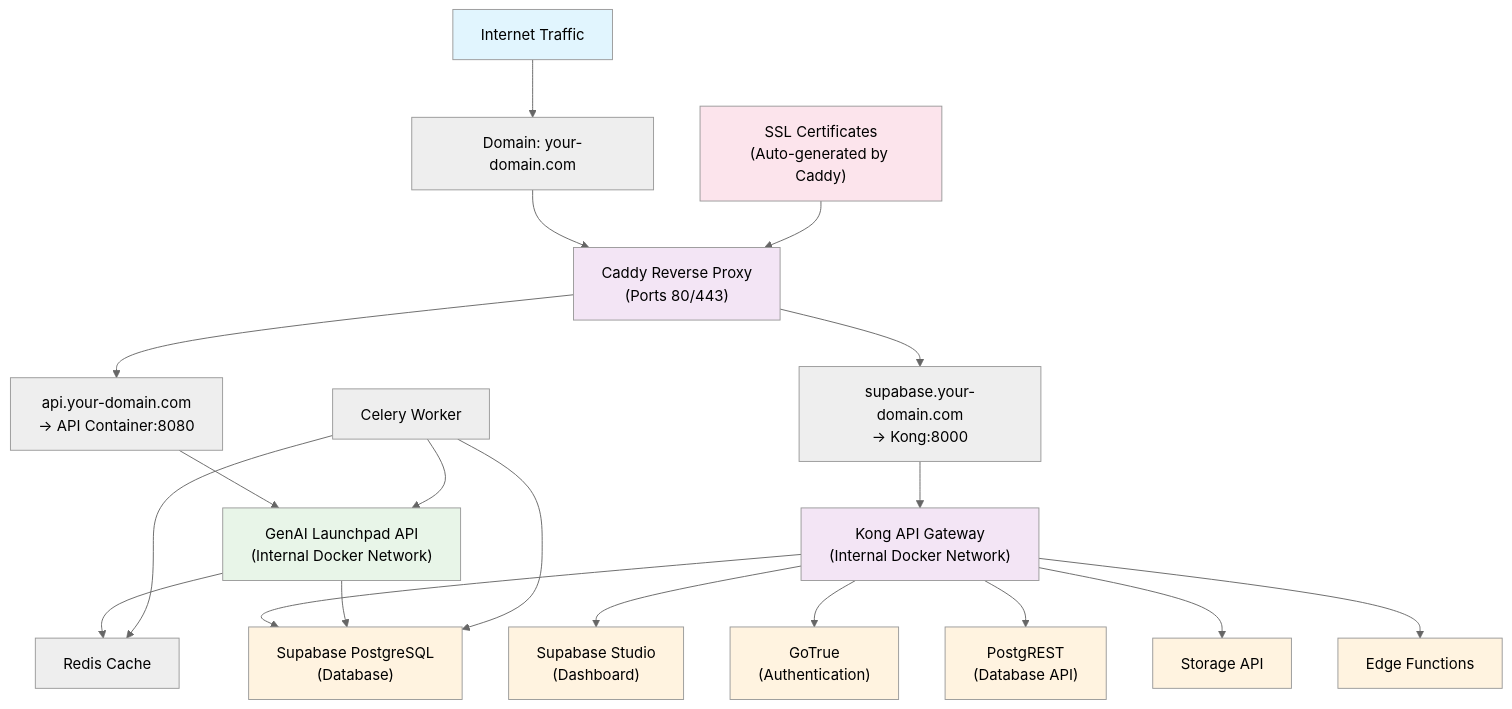
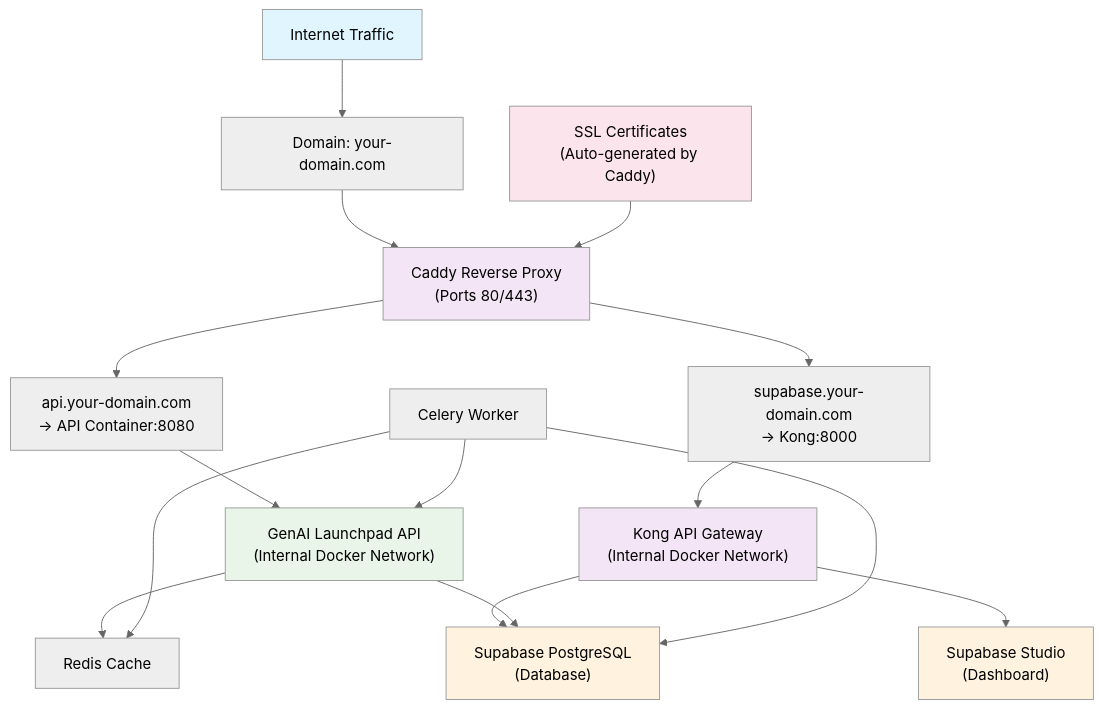
Before and after one commit to baronsengir007/Ai-Assistent-Nylas: the diagram in week-6/caddy/README.md, drawn with Mermaid.

Commit message:
Remove outdated components from Caddy deployment diagram in README, streamlining the architecture representation for clarity.

````diff
--- a/week-6/caddy/README.md
+++ b/week-6/caddy/README.md
@@ -27,43 +27,35 @@
 ```mermaid
 ---
 config:
   theme: neutral
   look: classic
 ---
 graph TB
     A["Internet Traffic"] --> B["Domain: your-domain.com"]
     B --> C["Caddy Reverse Proxy<br/>(Ports 80/443)"]
     
     C --> D["api.your-domain.com<br/>→ API Container:8080"]
     C --> E["supabase.your-domain.com<br/>→ Kong:8000"]
     
     D --> F["GenAI Launchpad API<br/>(Internal Docker Network)"]
     E --> G["Kong API Gateway<br/>(Internal Docker Network)"]
     
     G --> H["Supabase Studio<br/>(Dashboard)"]
-    G --> I["GoTrue<br/>(Authentication)"]
-    G --> J["PostgREST<br/>(Database API)"]
-    G --> K["Storage API"]
-    G --> L["Edge Functions"]
     G --> M["Supabase PostgreSQL<br/>(Database)"]
     
     F --> N["Redis Cache"]
     F --> M
     O["Celery Worker"] --> F
     O --> M
     O --> N
     
     P["SSL Certificates<br/>(Auto-generated by Caddy)"] --> C
     
     style A fill:#e1f5fe
     style C fill:#f3e5f5
     style F fill:#e8f5e8
     style G fill:#f3e5f5
     style H fill:#fff3e0
-    style I fill:#fff3e0
-    style J fill:#fff3e0
-    style K fill:#fff3e0
-    style L fill:#fff3e0
     style M fill:#fff3e0
     style P fill:#fce4ec
 ```
````
